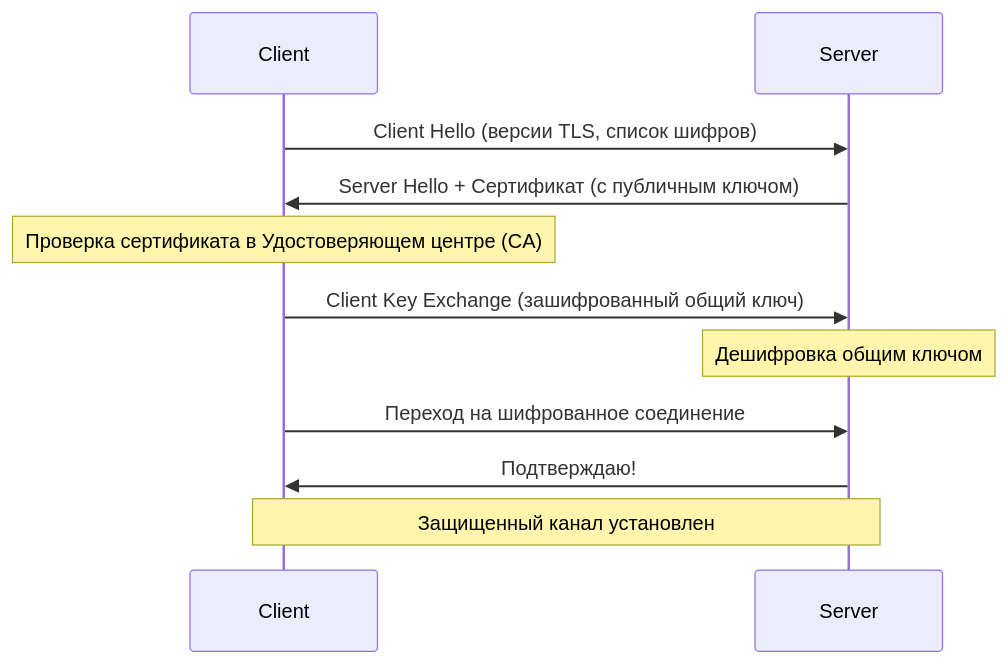
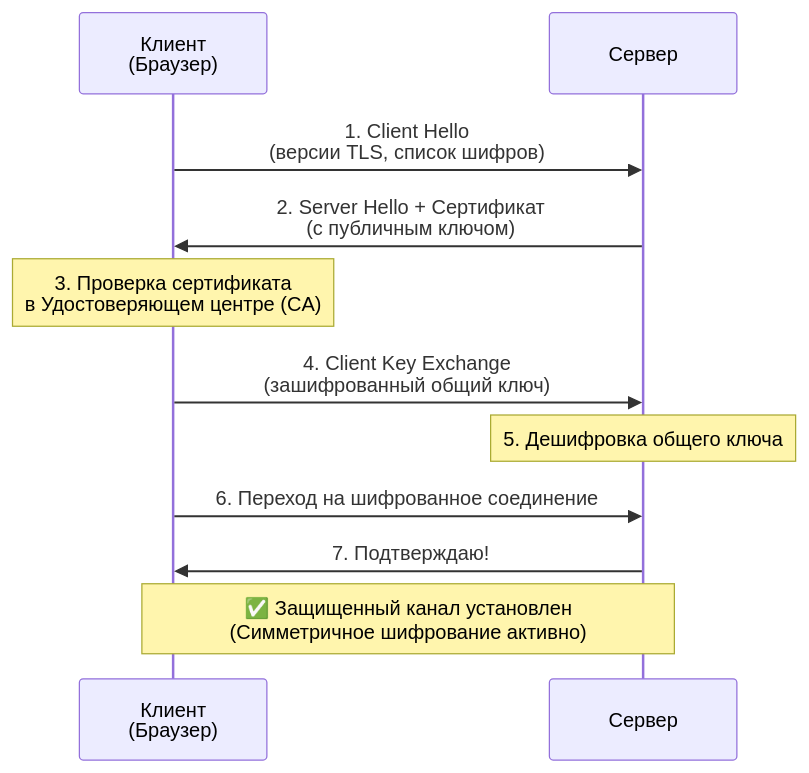
Before and after one commit to IBraveMonkey/data_structure-algorithms: the first of 2 diagrams in информатика(теория)/security/2.TLS_SSL.md, drawn with Mermaid. The commit also changed other lines of this file and 22 other files, not shown here.

````diff
--- a/информатика(теория)/security/2.TLS_SSL.md
+++ b/информатика(теория)/security/2.TLS_SSL.md
@@ -35,14 +68,14 @@
 ```mermaid
 sequenceDiagram
-    participant Client
-    participant Server
+    participant Client as Клиент<br/>(Браузер)
+    participant Server as Сервер
     
-    Client->>Server: Client Hello (версии TLS, список шифров)
-    Server->>Client: Server Hello + Сертификат (с публичным ключом)
-    Note over Client: Проверка сертификата в Удостоверяющем центре (CA)
-    Client->>Server: Client Key Exchange (зашифрованный общий ключ)
-    Note over Server: Дешифровка общим ключом
-    Client->>Server: Переход на шифрованное соединение
-    Server->>Client: Подтверждаю!
-    Note over Client, Server: Защищенный канал установлен
+    Client->>Server: 1. Client Hello<br/>(версии TLS, список шифров)
+    Server->>Client: 2. Server Hello + Сертификат<br/>(с публичным ключом)
+    Note over Client: 3. Проверка сертификата<br/>в Удостоверяющем центре (CA)
+    Client->>Server: 4. Client Key Exchange<br/>(зашифрованный общий ключ)
+    Note over Server: 5. Дешифровка общего ключа
+    Client->>Server: 6. Переход на шифрованное соединение
+    Server->>Client: 7. Подтверждаю!
+    Note over Client, Server: ✅ Защищенный канал установлен<br/>(Симметричное шифрование активно)
 ```
````
